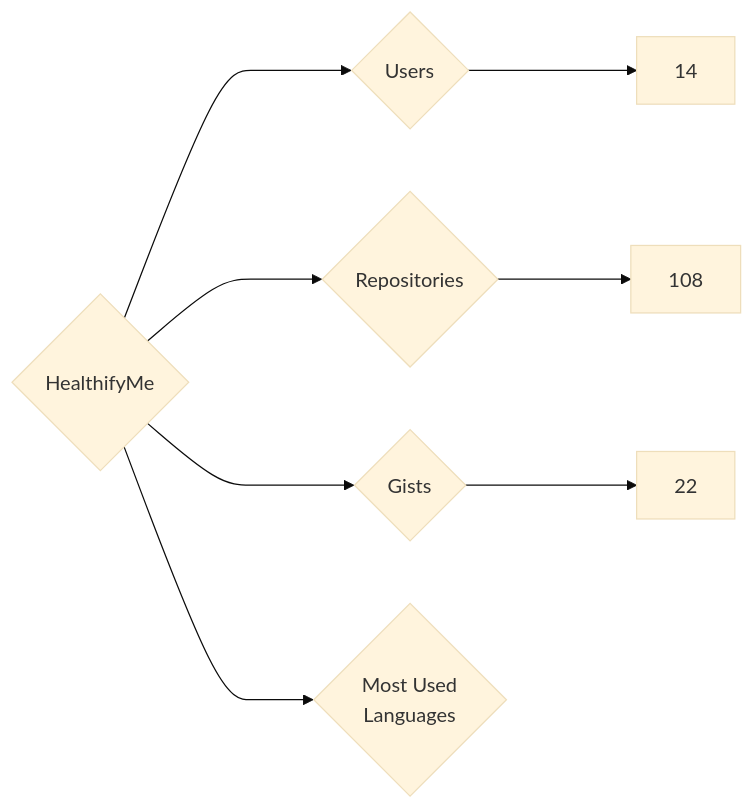
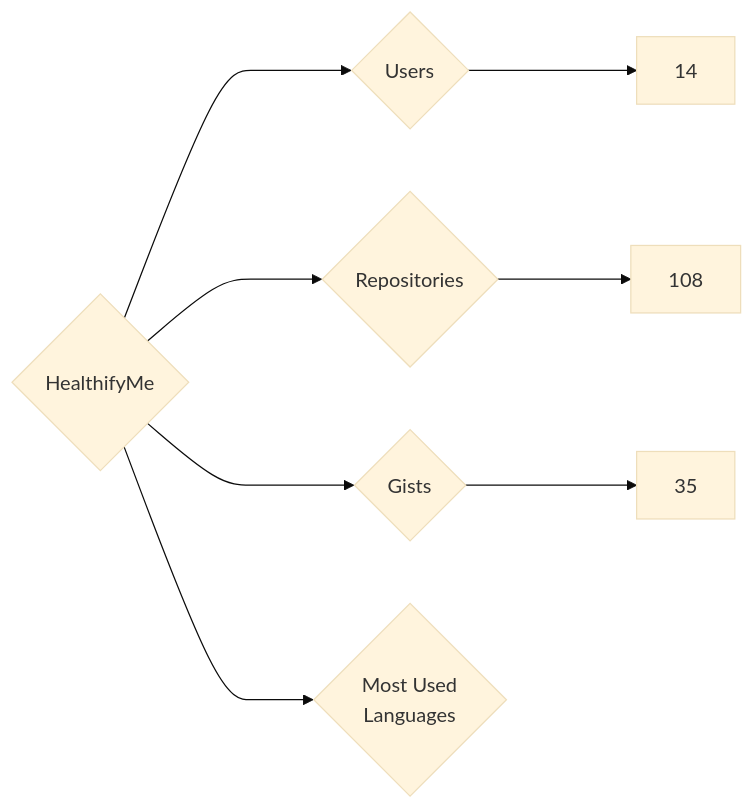
The diagram in targets/HealthifyMe/README.md (nenadzaric/insiders), drawn with Mermaid (base theme) before and after one commit. The commit also changed 1342 other files, not shown here.

````diff
--- a/targets/HealthifyMe/README.md
+++ b/targets/HealthifyMe/README.md
@@ -3,8 +3,8 @@
 ```mermaid
 graph LR
 COMPANY_NAME{HealthifyMe}
 COMPANY_NAME ---> U{Users} ---> UN[14]
 COMPANY_NAME ---> R{Repositories} ---> RN[108]
-COMPANY_NAME ---> G{Gists} ---> GN[22]
+COMPANY_NAME ---> G{Gists} ---> GN[35]
 COMPANY_NAME ---> ML{Most Used<br>Languages}
 ```
````
